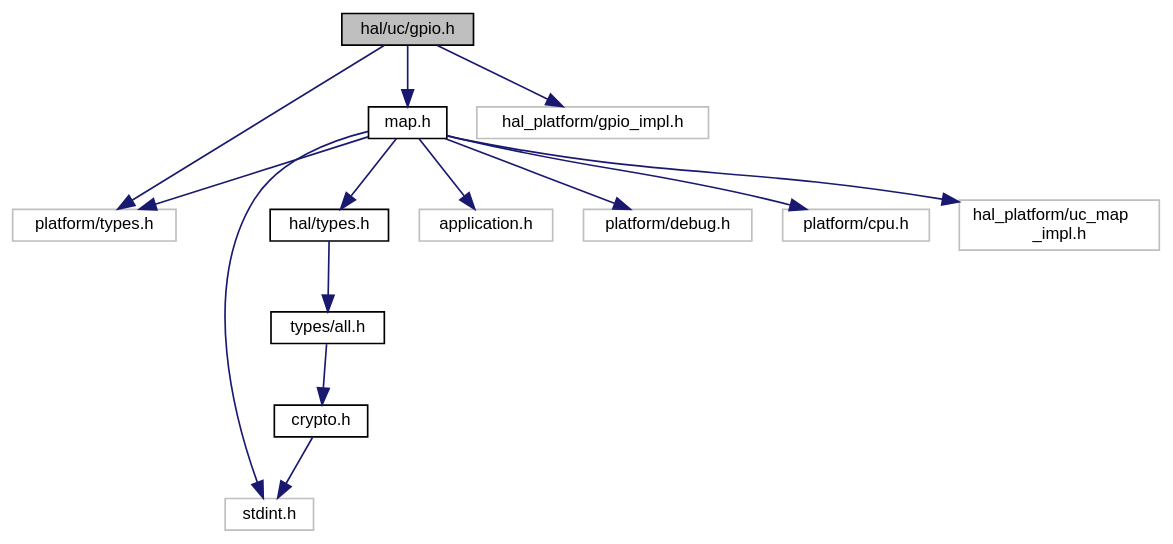
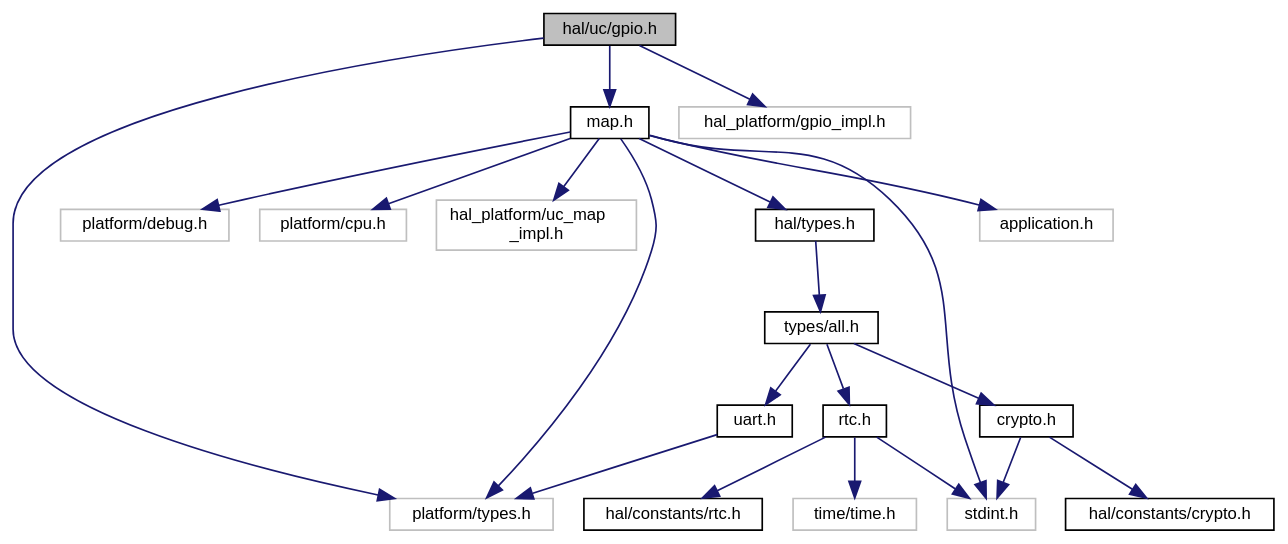
One commit to ebs-universe/piolib-hal-uc changed the diagram in gpio_8h__incl.dot. Above: the diagram before and after it, drawn with Graphviz. The commit also changed 152 other files, not shown here.

```diff
--- a/gpio_8h__incl.dot
+++ b/gpio_8h__incl.dot
@@ -1,33 +1,45 @@
 digraph "hal/uc/gpio.h"
 {
  // INTERACTIVE_SVG=YES
  // LATEX_PDF_SIZE
   bgcolor="transparent";
   edge [fontname="Helvetica",fontsize="10",labelfontname="Helvetica",labelfontsize="10"];
   node [fontname="Helvetica",fontsize="10",shape=record];
   Node1 [label="hal/uc/gpio.h",height=0.2,width=0.4,color="black", fillcolor="grey75", style="filled", fontcolor="black",tooltip="HAL for uC GPIOs."];
   Node1 -> Node2 [color="midnightblue",fontsize="10",style="solid",fontname="Helvetica"];
   Node2 [label="platform/types.h",height=0.2,width=0.4,color="grey75",tooltip=" "];
   Node1 -> Node3 [color="midnightblue",fontsize="10",style="solid",fontname="Helvetica"];
   Node3 [label="map.h",height=0.2,width=0.4,color="black",URL="$map_8h.html",tooltip="HAL for uC Peripheral Map."];
   Node3 -> Node4 [color="midnightblue",fontsize="10",style="solid",fontname="Helvetica"];
   Node4 [label="stdint.h",height=0.2,width=0.4,color="grey75",tooltip=" "];
   Node3 -> Node2 [color="midnightblue",fontsize="10",style="solid",fontname="Helvetica"];
   Node3 -> Node5 [color="midnightblue",fontsize="10",style="solid",fontname="Helvetica"];
   Node5 [label="hal/types.h",height=0.2,width=0.4,color="black",URL="$types_8h_source.html",tooltip=" "];
   Node5 -> Node6 [color="midnightblue",fontsize="10",style="solid",fontname="Helvetica"];
   Node6 [label="types/all.h",height=0.2,width=0.4,color="black",URL="$types_2all_8h_source.html",tooltip=" "];
   Node6 -> Node7 [color="midnightblue",fontsize="10",style="solid",fontname="Helvetica"];
   Node7 [label="crypto.h",height=0.2,width=0.4,color="black",URL="$types_2crypto_8h_source.html",tooltip=" "];
   Node7 -> Node4 [color="midnightblue",fontsize="10",style="solid",fontname="Helvetica"];
-  Node3 -> Node8 [color="midnightblue",fontsize="10",style="solid",fontname="Helvetica"];
-  Node8 [label="application.h",height=0.2,width=0.4,color="grey75",tooltip=" "];
-  Node3 -> Node9 [color="midnightblue",fontsize="10",style="solid",fontname="Helvetica"];
-  Node9 [label="platform/debug.h",height=0.2,width=0.4,color="grey75",tooltip=" "];
-  Node3 -> Node10 [color="midnightblue",fontsize="10",style="solid",fontname="Helvetica"];
-  Node10 [label="platform/cpu.h",height=0.2,width=0.4,color="grey75",tooltip=" "];
-  Node3 -> Node11 [color="midnightblue",fontsize="10",style="solid",fontname="Helvetica"];
-  Node11 [label="hal_platform/uc_map\l_impl.h",height=0.2,width=0.4,color="grey75",tooltip=" "];
-  Node1 -> Node12 [color="midnightblue",fontsize="10",style="solid",fontname="Helvetica"];
-  Node12 [label="hal_platform/gpio_impl.h",height=0.2,width=0.4,color="grey75",tooltip=" "];
+  Node7 -> Node8 [color="midnightblue",fontsize="10",style="solid",fontname="Helvetica"];
+  Node8 [label="hal/constants/crypto.h",height=0.2,width=0.4,color="black",URL="$constants_2crypto_8h_source.html",tooltip=" "];
+  Node6 -> Node9 [color="midnightblue",fontsize="10",style="solid",fontname="Helvetica"];
+  Node9 [label="rtc.h",height=0.2,width=0.4,color="black",URL="$types_2rtc_8h_source.html",tooltip=" "];
+  Node9 -> Node4 [color="midnightblue",fontsize="10",style="solid",fontname="Helvetica"];
+  Node9 -> Node10 [color="midnightblue",fontsize="10",style="solid",fontname="Helvetica"];
+  Node10 [label="hal/constants/rtc.h",height=0.2,width=0.4,color="black",URL="$constants_2rtc_8h_source.html",tooltip=" "];
+  Node9 -> Node11 [color="midnightblue",fontsize="10",style="solid",fontname="Helvetica"];
+  Node11 [label="time/time.h",height=0.2,width=0.4,color="grey75",tooltip=" "];
+  Node6 -> Node12 [color="midnightblue",fontsize="10",style="solid",fontname="Helvetica"];
+  Node12 [label="uart.h",height=0.2,width=0.4,color="black",URL="$types_2uart_8h_source.html",tooltip=" "];
+  Node12 -> Node2 [color="midnightblue",fontsize="10",style="solid",fontname="Helvetica"];
+  Node3 -> Node13 [color="midnightblue",fontsize="10",style="solid",fontname="Helvetica"];
+  Node13 [label="application.h",height=0.2,width=0.4,color="grey75",tooltip=" "];
+  Node3 -> Node14 [color="midnightblue",fontsize="10",style="solid",fontname="Helvetica"];
+  Node14 [label="platform/debug.h",height=0.2,width=0.4,color="grey75",tooltip=" "];
+  Node3 -> Node15 [color="midnightblue",fontsize="10",style="solid",fontname="Helvetica"];
+  Node15 [label="platform/cpu.h",height=0.2,width=0.4,color="grey75",tooltip=" "];
+  Node3 -> Node16 [color="midnightblue",fontsize="10",style="solid",fontname="Helvetica"];
+  Node16 [label="hal_platform/uc_map\l_impl.h",height=0.2,width=0.4,color="grey75",tooltip=" "];
+  Node1 -> Node17 [color="midnightblue",fontsize="10",style="solid",fontname="Helvetica"];
+  Node17 [label="hal_platform/gpio_impl.h",height=0.2,width=0.4,color="grey75",tooltip=" "];
 }
```
